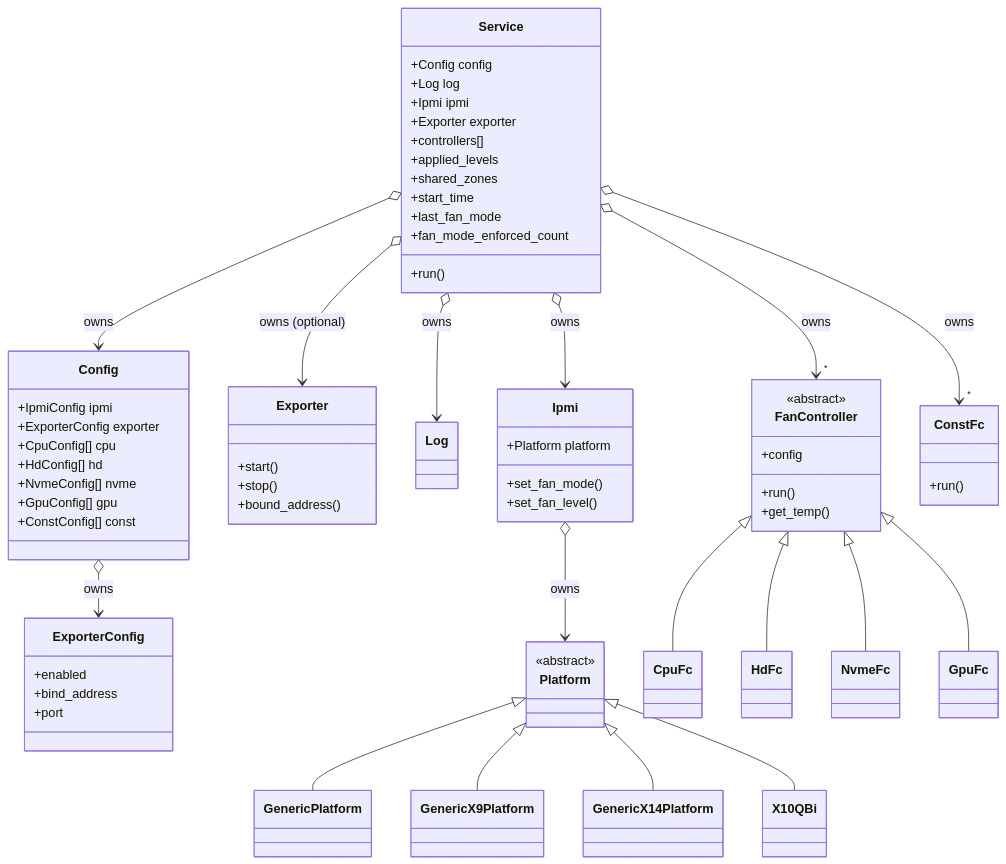
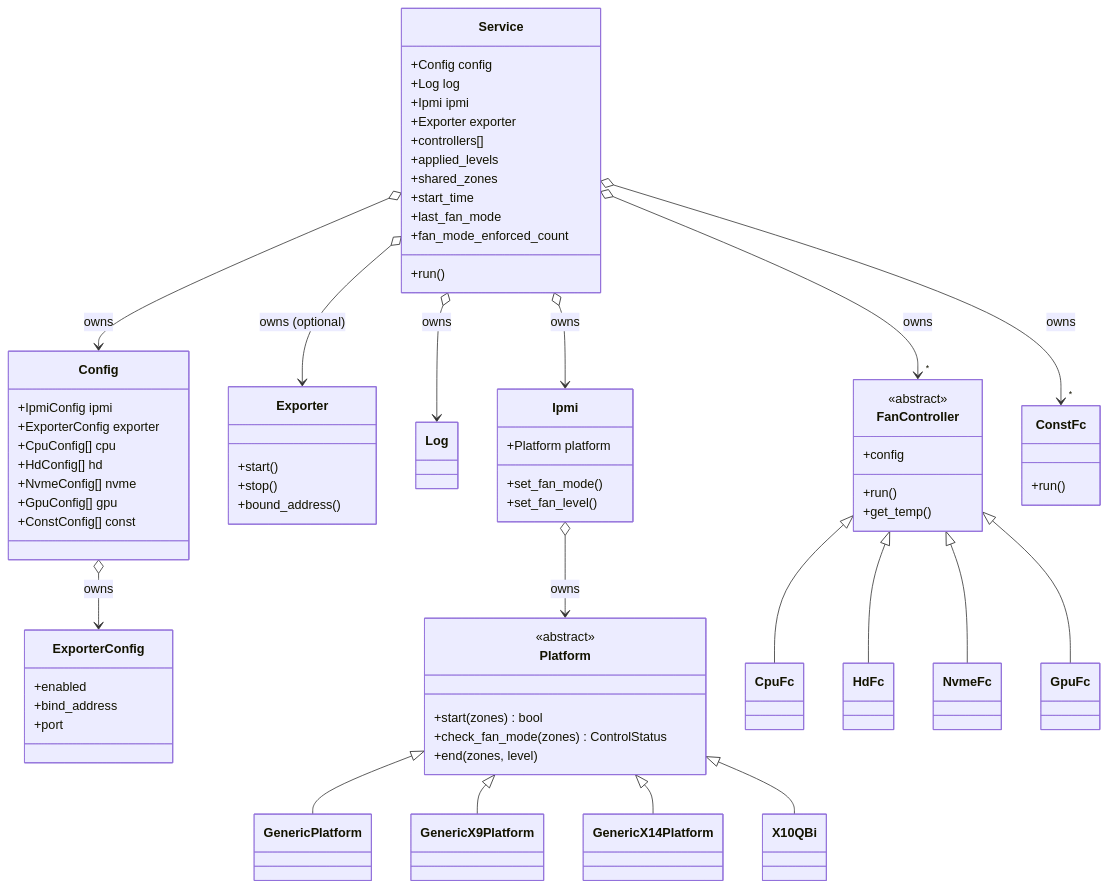
Before and after one commit to petersulyok/smfc: the second of 11 diagrams in ARCHITECTURE.md, drawn with Mermaid. The commit also changed other lines of this file and 8 other files, not shown here.

First line of the commit message:
Changed: documentation and smoke tests updated for the X14 fan control fix

````diff
--- a/ARCHITECTURE.md
+++ b/ARCHITECTURE.md
@@ -93,79 +93,82 @@
 ```mermaid
 classDiagram
     class Service {
         +Config config
         +Log log
         +Ipmi ipmi
         +Exporter exporter
         +controllers[]
         +applied_levels
         +shared_zones
         +start_time
         +last_fan_mode
         +fan_mode_enforced_count
         +run()
     }
     class Config {
         +IpmiConfig ipmi
         +ExporterConfig exporter
         +CpuConfig[] cpu
         +HdConfig[] hd
         +NvmeConfig[] nvme
         +GpuConfig[] gpu
         +ConstConfig[] const
     }
     class ExporterConfig {
         +enabled
         +bind_address
         +port
     }
     class Exporter {
         +start()
         +stop()
         +bound_address()
     }
     class Log
     class Ipmi {
         +Platform platform
         +set_fan_mode()
         +set_fan_level()
     }
     class Platform {
         <<abstract>>
+        +start(zones) bool
+        +check_fan_mode(zones) ControlStatus
+        +end(zones, level)
     }
     class GenericPlatform
     class GenericX9Platform
     class GenericX14Platform
     class X10QBi
 
     class FanController {
         <<abstract>>
         +config
         +run()
         +get_temp()
     }
     class CpuFc
     class HdFc
     class NvmeFc
     class GpuFc
     class ConstFc {
         +run()
     }
 
     Service o--> Config            : owns
     Service o--> Log               : owns
     Service o--> Ipmi              : owns
     Service o--> Exporter          : owns (optional)
     Service o--> "*" FanController : owns
     Service o--> "*" ConstFc       : owns
     Config o--> ExporterConfig     : owns
     Ipmi o--> Platform             : owns
     Platform <|-- GenericPlatform
     Platform <|-- GenericX9Platform
     Platform <|-- GenericX14Platform
     Platform <|-- X10QBi
     FanController <|-- CpuFc
     FanController <|-- HdFc
     FanController <|-- NvmeFc
     FanController <|-- GpuFc
 ```
````
